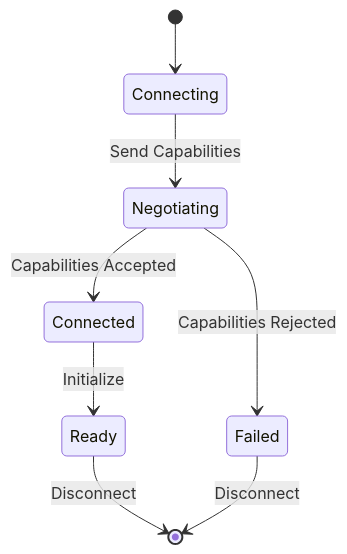
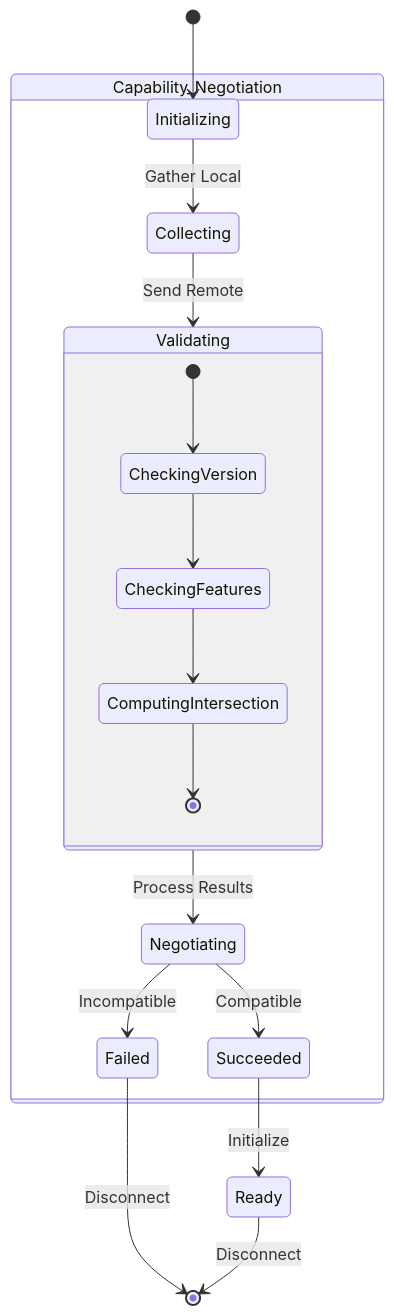
Before and after one commit to sparesparrow/cursor-rules: the third of 4 diagrams in .cursor/rules/diagrams/mcp-core-concepts.mdc, drawn with Mermaid. The commit also changed other lines of this file and 5 other files, not shown here.

````diff
--- a/.cursor/rules/diagrams/mcp-core-concepts.mdc
+++ b/.cursor/rules/diagrams/mcp-core-concepts.mdc
@@ -83,10 +143,24 @@
 ```mermaid
 stateDiagram-v2
-    [*] --> Connecting
-    Connecting --> Negotiating: Send Capabilities
-    Negotiating --> Connected: Capabilities Accepted
-    Negotiating --> Failed: Capabilities Rejected
-    Connected --> Ready: Initialize
+    [*] --> Initializing
+    
+    state Capability_Negotiation {
+        Initializing --> Collecting: Gather Local
+        Collecting --> Validating: Send Remote
+        
+        state Validating {
+            [*] --> CheckingVersion
+            CheckingVersion --> CheckingFeatures
+            CheckingFeatures --> ComputingIntersection
+            ComputingIntersection --> [*]
+        }
+        
+        Validating --> Negotiating: Process Results
+        Negotiating --> Succeeded: Compatible
+        Negotiating --> Failed: Incompatible
+    }
+    
+    Succeeded --> Ready: Initialize
+    Failed --> [*]: Disconnect
     Ready --> [*]: Disconnect
-    Failed --> [*]: Disconnect
-``` 
+```
````
